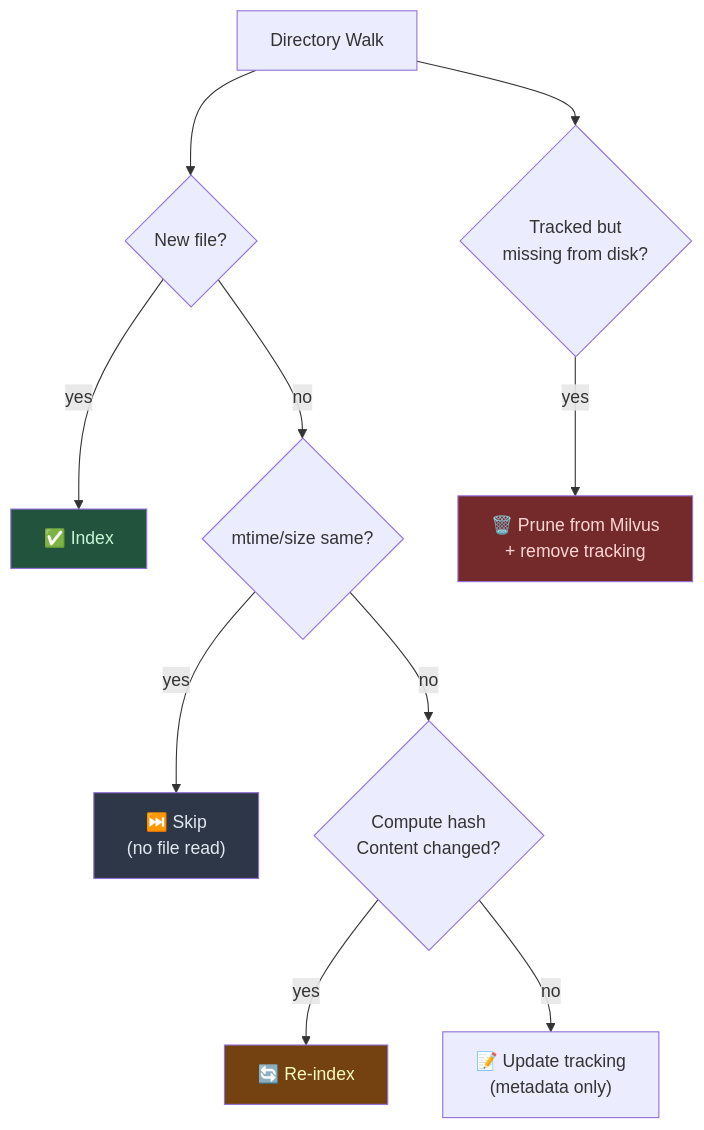
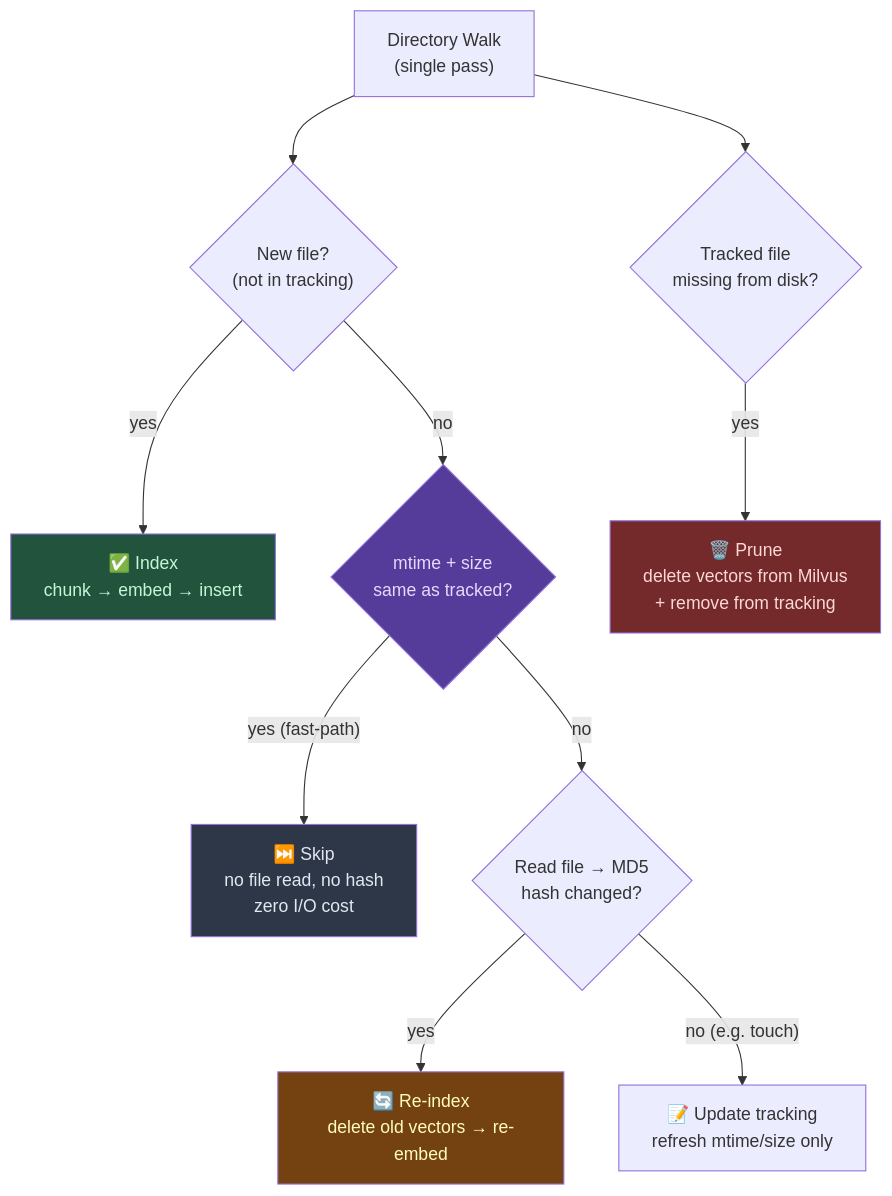
One commit to lidge-jun/markdown-fastrag-mcp changed the third of 3 diagrams in README.md. Above: the diagram before and after it, drawn with Mermaid. The commit also changed other lines of this file, not shown here.

First line of the commit message:
[agent] docs: expand indexing optimization techniques and shell reindex guidance

````diff
--- a/README.md
+++ b/README.md
@@ -308,17 +308,18 @@
 ```mermaid
 flowchart TD
-    START["Directory Walk"] --> NEW{"New file?"}
-    NEW -->|yes| INDEX["✅ Index"]
-    NEW -->|no| META{"mtime/size same?"}
-    META -->|yes| SKIP["⏭️ Skip\n(no file read)"]
-    META -->|no| HASH{"Compute hash\nContent changed?"}
-    HASH -->|yes| REINDEX["🔄 Re-index"]
-    HASH -->|no| UPDATE["📝 Update tracking\n(metadata only)"]
-    START --> MISSING{"Tracked but\nmissing from disk?"}
-    MISSING -->|yes| PRUNE["🗑️ Prune from Milvus\n+ remove tracking"]
+    START["Directory Walk<br/>(single pass)"] --> NEW{"New file?<br/>(not in tracking)"}
+    NEW -->|yes| INDEX["✅ Index<br/>chunk → embed → insert"]
+    NEW -->|no| META{"mtime + size<br/>same as tracked?"}
+    META -->|"yes (fast-path)"| SKIP["⏭️ Skip<br/>no file read, no hash<br/>zero I/O cost"]
+    META -->|no| HASH{"Read file → MD5<br/>hash changed?"}
+    HASH -->|yes| REINDEX["🔄 Re-index<br/>delete old vectors → re-embed"]
+    HASH -->|"no (e.g. touch)"| UPDATE["📝 Update tracking<br/>refresh mtime/size only"]
+    START --> MISSING{"Tracked file<br/>missing from disk?"}
+    MISSING -->|yes| PRUNE["🗑️ Prune<br/>delete vectors from Milvus<br/>+ remove from tracking"]
 
     style INDEX fill:#22543d,color:#c6f6d5
     style SKIP fill:#2d3748,color:#e2e8f0
     style REINDEX fill:#744210,color:#fefcbf
     style PRUNE fill:#742a2a,color:#fed7d7
+    style META fill:#553c9a,color:#e9d8fd
 ```
````
